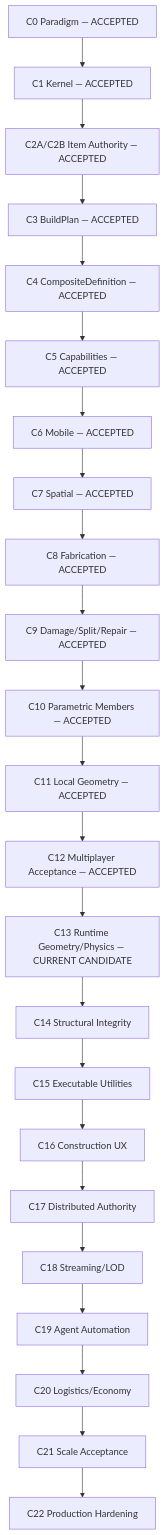
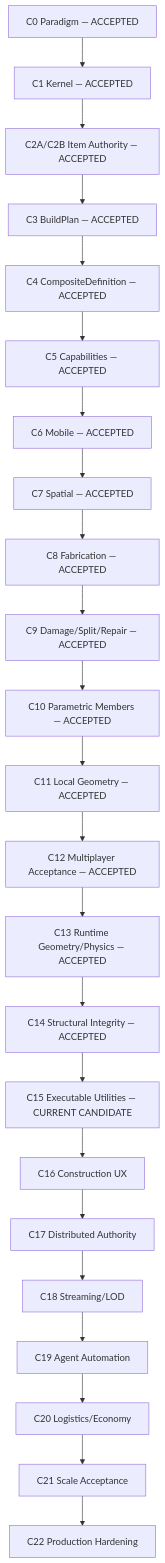
The diagram in docs/plans/CONSTRUCTION_MAP_RU.md (rootfabric/distributed-world-simulator), drawn with Mermaid before and after one commit. The commit also changed other lines of this file and 47 other files, not shown here.

Commit message:
feat(construction): add executable utilities and machines

````diff
--- a/docs/plans/CONSTRUCTION_MAP_RU.md
+++ b/docs/plans/CONSTRUCTION_MAP_RU.md
@@ -33,25 +33,25 @@
 ```mermaid
 flowchart TD
     C0["C0 Paradigm — ACCEPTED"] --> C1["C1 Kernel — ACCEPTED"]
     C1 --> C2["C2A/C2B Item Authority — ACCEPTED"]
     C2 --> C3["C3 BuildPlan — ACCEPTED"]
     C3 --> C4["C4 CompositeDefinition — ACCEPTED"]
     C4 --> C5["C5 Capabilities — ACCEPTED"]
     C5 --> C6["C6 Mobile — ACCEPTED"]
     C6 --> C7["C7 Spatial — ACCEPTED"]
     C7 --> C8["C8 Fabrication — ACCEPTED"]
     C8 --> C9["C9 Damage/Split/Repair — ACCEPTED"]
     C9 --> C10["C10 Parametric Members — ACCEPTED"]
     C10 --> C11["C11 Local Geometry — ACCEPTED"]
     C11 --> C12["C12 Multiplayer Acceptance — ACCEPTED"]
-    C12 --> C13["C13 Runtime Geometry/Physics — CURRENT CANDIDATE"]
-    C13 --> C14["C14 Structural Integrity"]
-    C14 --> C15["C15 Executable Utilities"]
+    C12 --> C13["C13 Runtime Geometry/Physics — ACCEPTED"]
+    C13 --> C14["C14 Structural Integrity — ACCEPTED"]
+    C14 --> C15["C15 Executable Utilities — CURRENT CANDIDATE"]
     C15 --> C16["C16 Construction UX"]
     C16 --> C17["C17 Distributed Authority"]
     C17 --> C18["C18 Streaming/LOD"]
     C18 --> C19["C19 Agent Automation"]
     C19 --> C20["C20 Logistics/Economy"]
     C20 --> C21["C21 Scale Acceptance"]
     C21 --> C22["C22 Production Hardening"]
 ```
````
